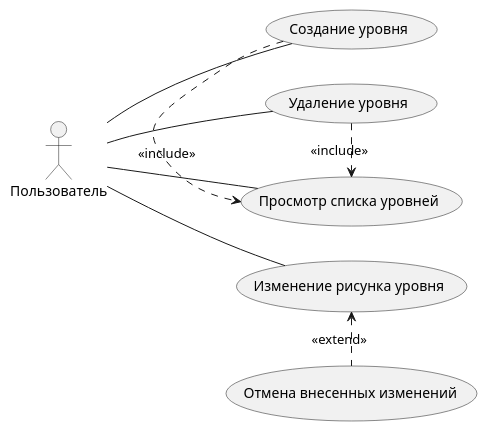
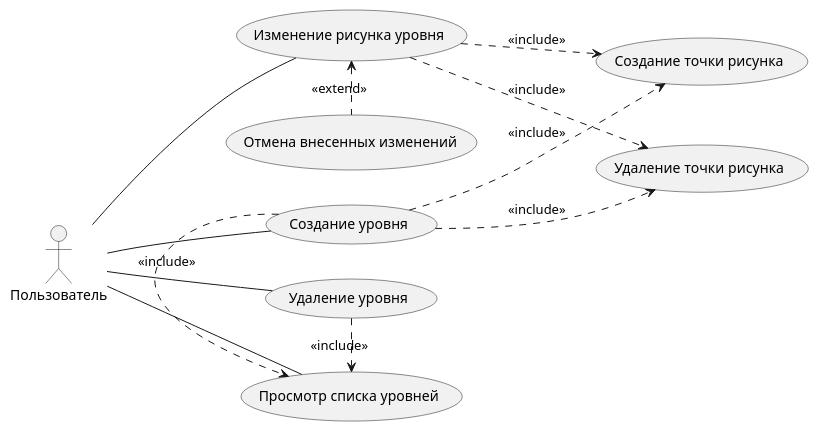
One commit to vitalyaTurkov/opppo changed the diagram in src/uml/main-usecase.puml. Above: the diagram before and after it, drawn with PlantUML. The commit also changed 2 other files, not shown here.

```diff
--- a/src/uml/main-usecase.puml
+++ b/src/uml/main-usecase.puml
@@ -1,20 +1,26 @@
 @startuml
 (Изменение рисунка уровня) as edit
 (Создание уровня) as create
 (Удаление уровня) as delete
 (Просмотр списка уровней) as see
 (Отмена внесенных изменений) as cancel
+(Создание точки рисунка) as createPoint
+(Удаление точки рисунка) as deletePoint
 
 left to right direction
 
 Пользователь -- create
 Пользователь -- delete
 Пользователь -- edit
 Пользователь -- see
 
 create .> see:<<include>>
 delete .> see:<<include>>
 edit <. cancel:<<extend>>
 
+create ..> createPoint:<<include>>
+create ..> deletePoint:<<include>>
+edit ..> createPoint:<<include>>
+edit ..> deletePoint:<<include>>
 
 @enduml
```
